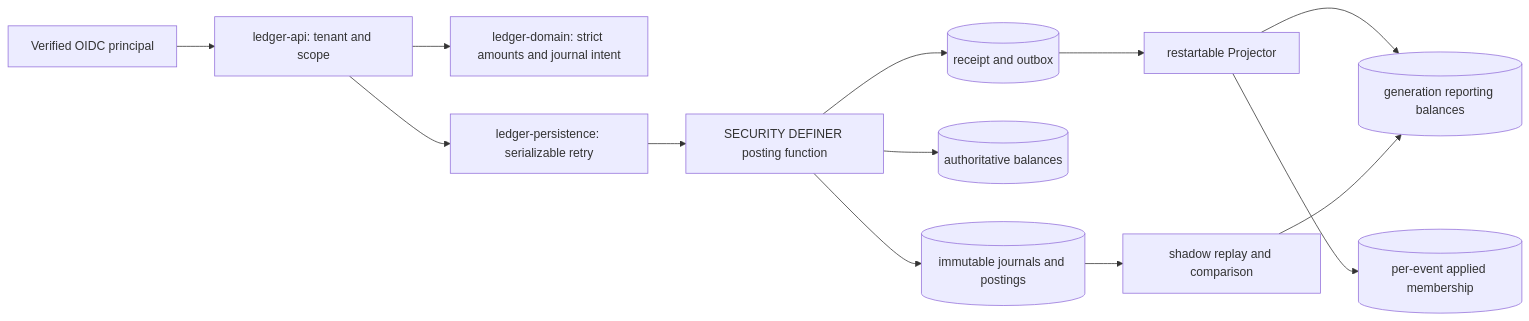
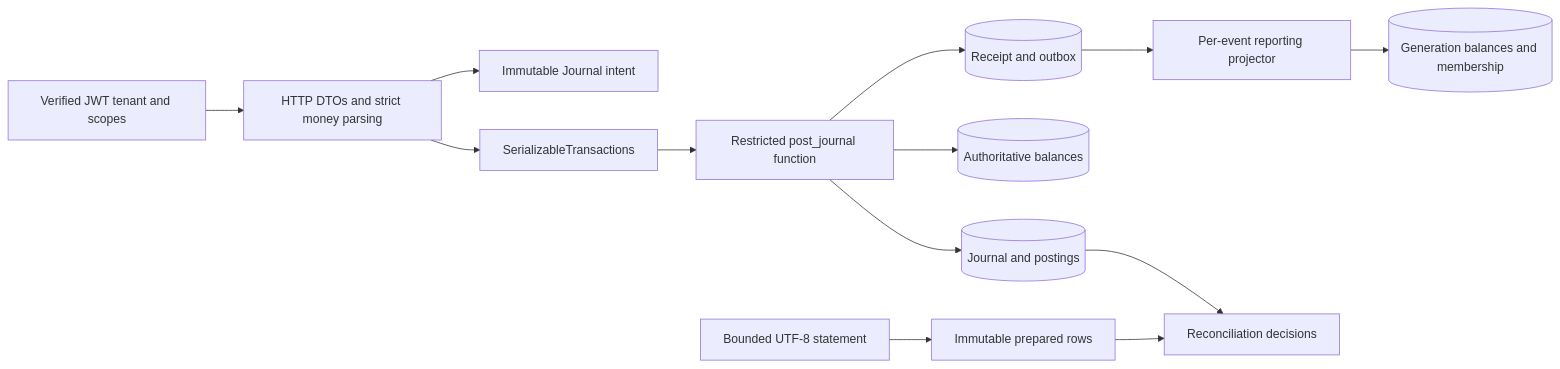
One commit to cheshmakzanoon-ops/Java-portfolio changed the first of 3 diagrams in projects/01-clearledger/docs/ARCHITECTURE.md. Above: the diagram before and after it, drawn with Mermaid. The commit also changed other lines of this file and 45 other files, not shown here.

````diff
--- a/projects/01-clearledger/docs/ARCHITECTURE.md
+++ b/projects/01-clearledger/docs/ARCHITECTURE.md
@@ -3,15 +5,15 @@
 ```mermaid
 flowchart LR
-  O[Verified OIDC principal] --> A[ledger-api: tenant and scope]
-  A --> D[ledger-domain: strict amounts and journal intent]
-  A --> S[ledger-persistence: serializable retry]
-  S --> F[SECURITY DEFINER posting function]
-  F --> J[(immutable journals and postings)]
-  F --> B[(authoritative balances)]
-  F --> R[(receipt and outbox)]
-  R --> P[restartable Projector]
-  P --> C[(per-event applied membership)]
-  P --> V[(generation reporting balances)]
-  J --> X[shadow replay and comparison]
-  X --> V
+  JWT[Verified JWT tenant and scopes] --> API[HTTP DTOs and strict money parsing]
+  API --> Journal[Immutable Journal intent]
+  API --> TX[SerializableTransactions]
+  TX --> SQL[Restricted post_journal function]
+  SQL --> Source[(Journal and postings)]
+  SQL --> Totals[(Authoritative balances)]
+  SQL --> Receipt[(Receipt and outbox)]
+  Receipt --> Projector[Per-event reporting projector]
+  Projector --> Report[(Generation balances and membership)]
+  Source --> Match[Reconciliation decisions]
+  CSV[Bounded UTF-8 statement] --> Prepared[Immutable prepared rows]
+  Prepared --> Match
 ```
````
